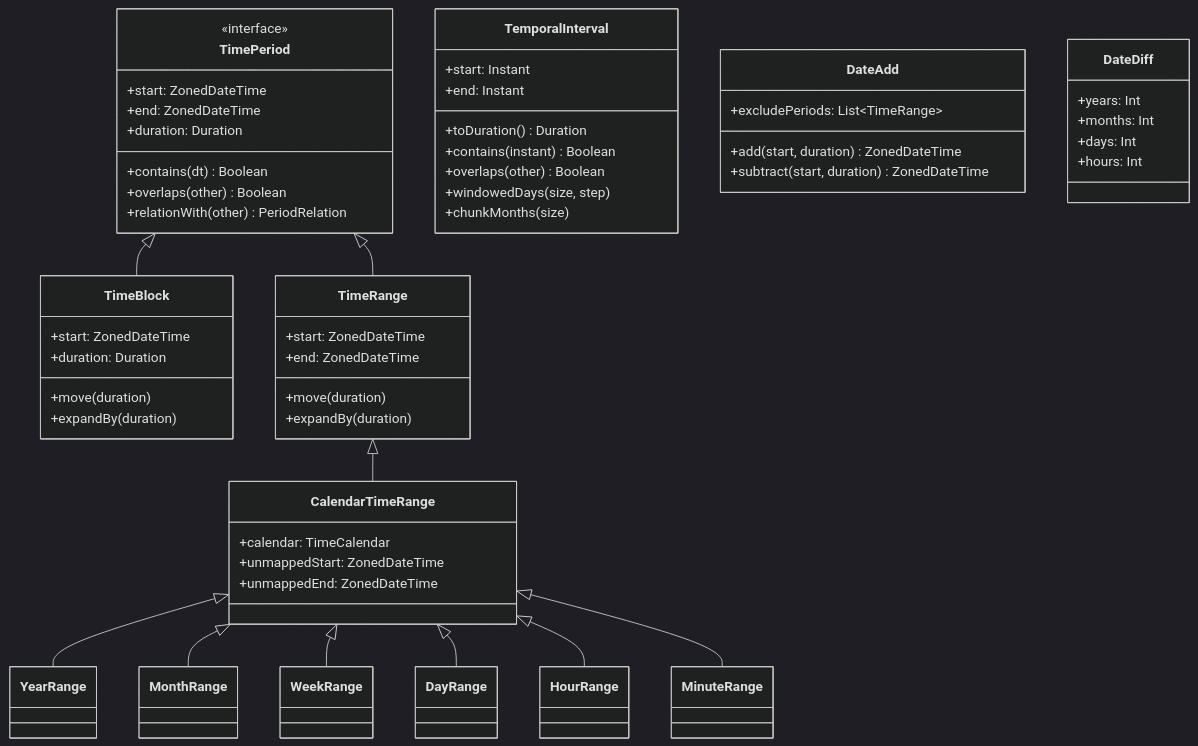
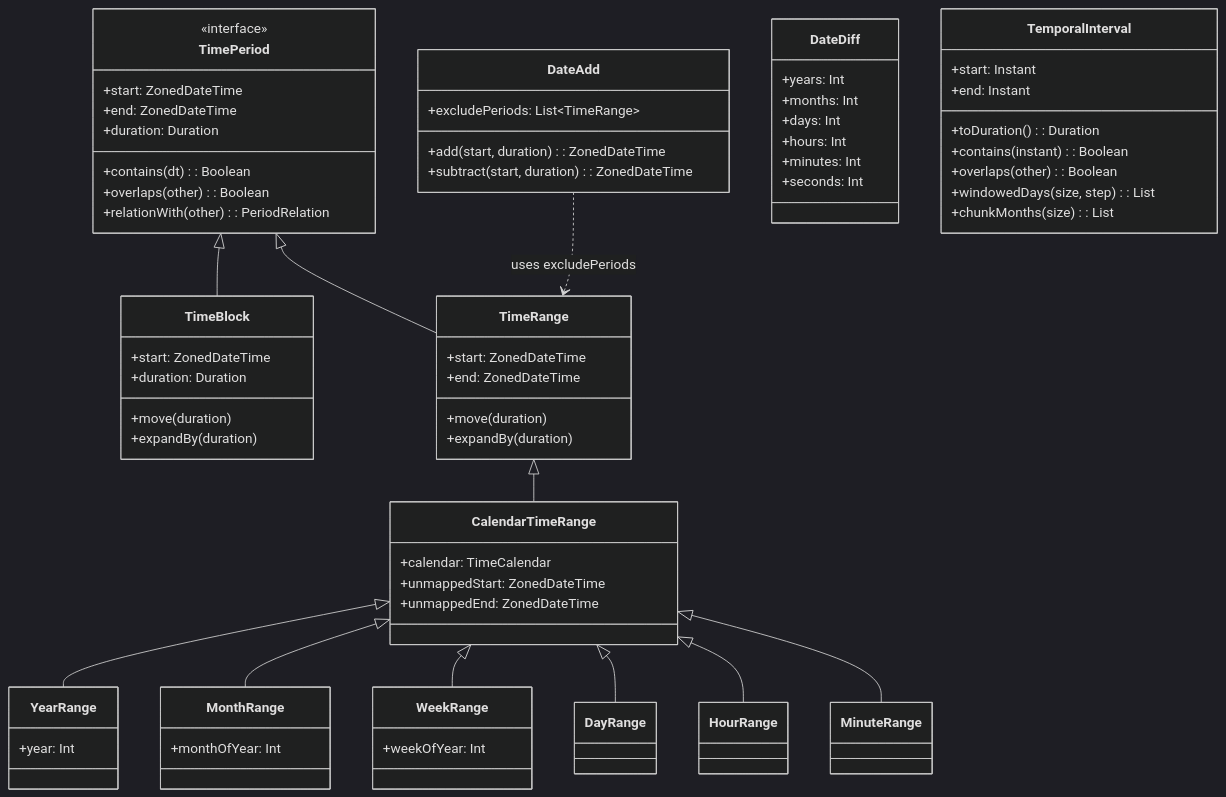
The second of 3 diagrams in utils/javatimes/README.ko.md (bluetape4k/bluetape4k-projects), drawn with Mermaid (dark theme) before and after one commit. The commit also changed other lines of this file and 14 other files, not shown here.

````diff
--- a/utils/javatimes/README.ko.md
+++ b/utils/javatimes/README.ko.md
@@ -460,74 +37,81 @@
 ```mermaid
 classDiagram
     class TimePeriod {
         <<interface>>
         +start: ZonedDateTime
         +end: ZonedDateTime
         +duration: Duration
-        +contains(dt) Boolean
-        +overlaps(other) Boolean
-        +relationWith(other) PeriodRelation
+        +contains(dt): Boolean
+        +overlaps(other): Boolean
+        +relationWith(other): PeriodRelation
     }
 
     class TimeBlock {
         +start: ZonedDateTime
         +duration: Duration
         +move(duration)
         +expandBy(duration)
     }
 
     class TimeRange {
         +start: ZonedDateTime
         +end: ZonedDateTime
         +move(duration)
         +expandBy(duration)
     }
 
     class CalendarTimeRange {
         +calendar: TimeCalendar
         +unmappedStart: ZonedDateTime
         +unmappedEnd: ZonedDateTime
     }
 
-    class YearRange
-    class MonthRange
-    class WeekRange
+    class YearRange {
+        +year: Int
+    }
+    class MonthRange {
+        +monthOfYear: Int
+    }
+    class WeekRange {
+        +weekOfYear: Int
+    }
     class DayRange
     class HourRange
     class MinuteRange
 
-    class TemporalInterval {
-        +start: Instant
-        +end: Instant
-        +toDuration() Duration
-        +contains(instant) Boolean
-        +overlaps(other) Boolean
-        +windowedDays(size, step)
-        +chunkMonths(size)
-    }
-
     class DateAdd {
         +excludePeriods: List~TimeRange~
-        +add(start, duration) ZonedDateTime
-        +subtract(start, duration) ZonedDateTime
+        +add(start, duration): ZonedDateTime
+        +subtract(start, duration): ZonedDateTime
     }
 
     class DateDiff {
         +years: Int
         +months: Int
         +days: Int
         +hours: Int
+        +minutes: Int
+        +seconds: Int
+    }
+
+    class TemporalInterval {
+        +start: Instant
+        +end: Instant
+        +toDuration(): Duration
+        +contains(instant): Boolean
+        +overlaps(other): Boolean
+        +windowedDays(size, step): List
+        +chunkMonths(size): List
     }
 
     TimePeriod <|-- TimeBlock
     TimePeriod <|-- TimeRange
     TimeRange <|-- CalendarTimeRange
     CalendarTimeRange <|-- YearRange
     CalendarTimeRange <|-- MonthRange
     CalendarTimeRange <|-- WeekRange
     CalendarTimeRange <|-- DayRange
     CalendarTimeRange <|-- HourRange
     CalendarTimeRange <|-- MinuteRange
-
-
+    DateAdd ..> TimeRange: uses excludePeriods
 ```
````
